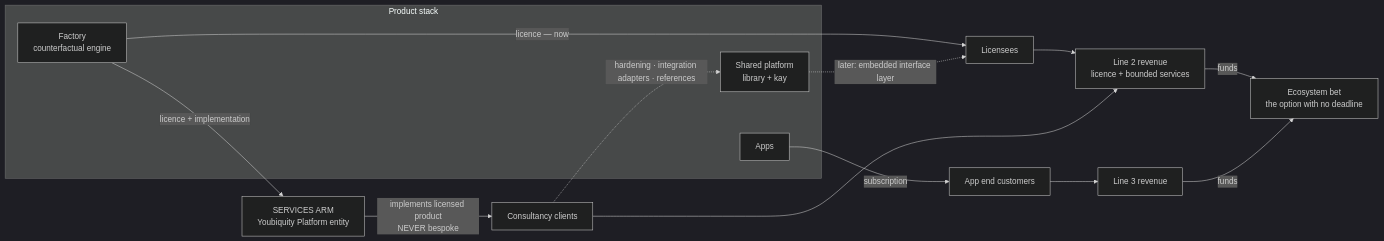
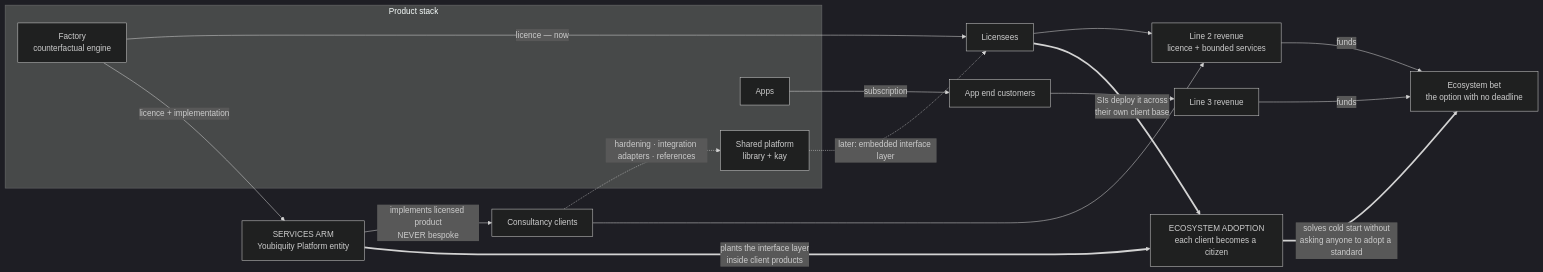
Before and after one commit to nathan-bates/yb-business-structure: the first of 2 diagrams in 01-portfolio.md, drawn with Mermaid (dark theme). The commit also changed other lines of this file, not shown here.

````diff
--- a/01-portfolio.md
+++ b/01-portfolio.md
@@ -98,30 +98,34 @@
 ```mermaid
 flowchart LR
     subgraph STACK["Product stack"]
         FACTORY["Factory<br/>counterfactual engine"]
         PLATFORM["Shared platform<br/>library + kay"]
         APPS["Apps"]
     end
 
     SERVICES["SERVICES ARM<br/>Youbiquity Platform entity"]
     LIC["Licensees"]
     CLIENTS["Consultancy clients"]
     ENDU["App end customers"]
     REV2["Line 2 revenue<br/>licence + bounded services"]
     REV3["Line 3 revenue"]
     ECO["Ecosystem bet<br/>the option with no deadline"]
 
     FACTORY -->|"licence — now"| LIC
     FACTORY -->|"licence + implementation"| SERVICES
     PLATFORM -.->|"later: embedded interface layer"| LIC
     SERVICES -->|"implements licensed product<br/>NEVER bespoke"| CLIENTS
     APPS -->|"subscription"| ENDU
 
     LIC --> REV2
     CLIENTS --> REV2
     ENDU --> REV3
     REV2 -->|"funds"| ECO
     REV3 -->|"funds"| ECO
 
     CLIENTS -.->|"hardening · integration adapters · references"| PLATFORM
+
+    SERVICES ==>|"plants the interface layer<br/>inside client products"| ADOPT["ECOSYSTEM ADOPTION<br/>each client becomes a citizen"]
+    LIC ==>|"SIs deploy it across<br/>their own client base"| ADOPT
+    ADOPT ==>|"solves cold start without<br/>asking anyone to adopt a standard"| ECO
 ```
````
